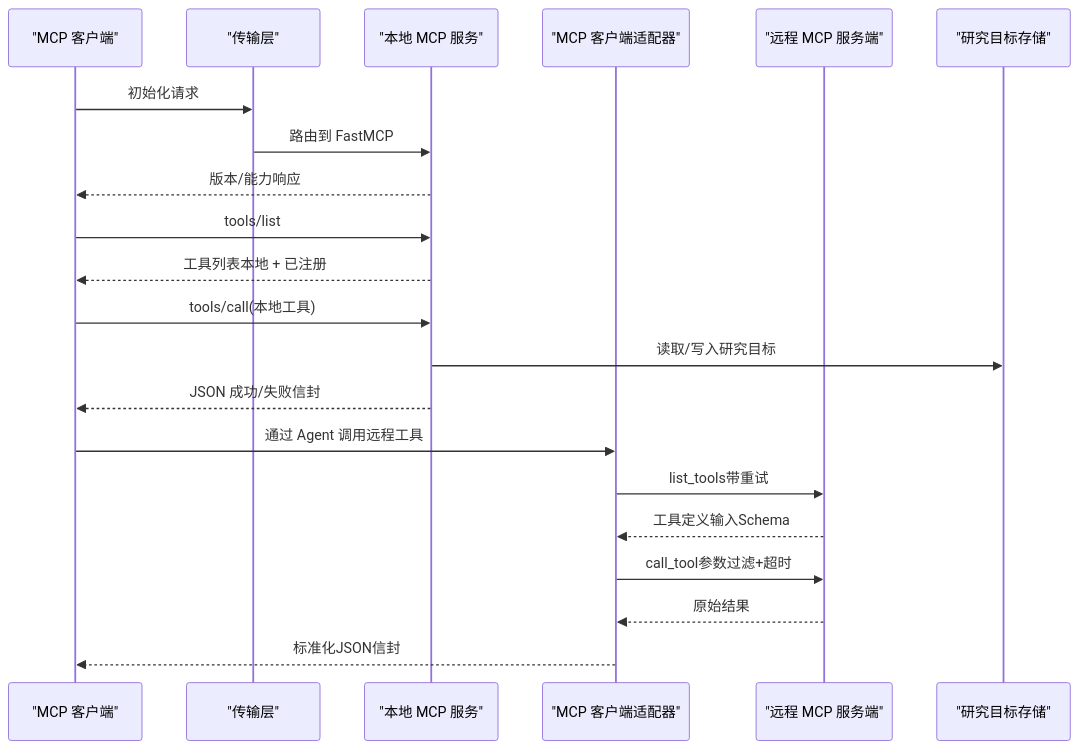
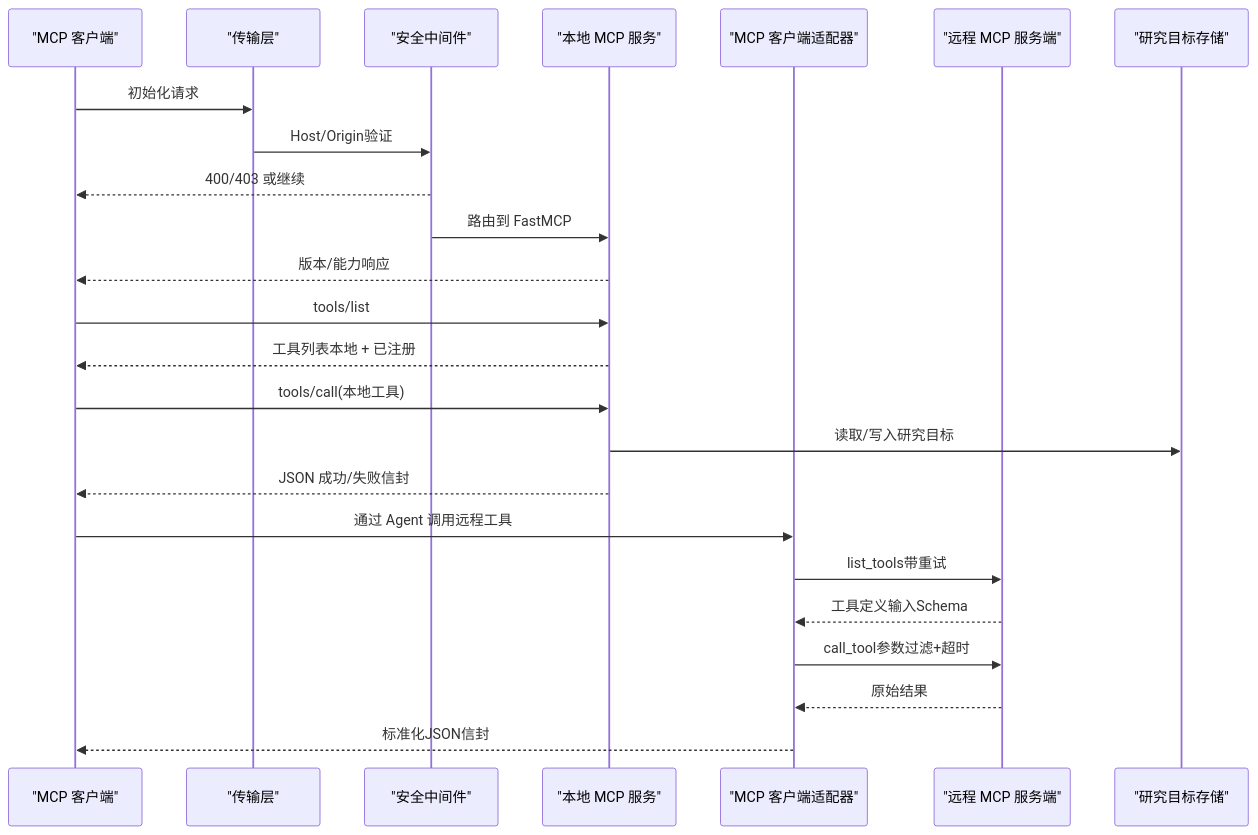
One commit to 20012002er/Vibe-Trading changed the second of 6 diagrams in .qoder/repowiki/zh/content/API参考/MCP协议.md. Above: the diagram before and after it, drawn with Mermaid. The commit also changed other lines of this file and 67 other files, not shown here.

````diff
--- a/.qoder/repowiki/zh/content/API参考/MCP协议.md
+++ b/.qoder/repowiki/zh/content/API参考/MCP协议.md
@@ -81,23 +94,26 @@
 ```mermaid
 sequenceDiagram
 participant C as "MCP 客户端"
 participant T as "传输层"
-participant S as "本地 MCP 服务"
+participant S as "安全中间件"
+participant M as "本地 MCP 服务"
 participant A as "MCP 客户端适配器"
 participant R as "远程 MCP 服务端"
 participant G as "研究目标存储"
 C->>T : 初始化请求
-T->>S : 路由到 FastMCP
-S-->>C : 版本/能力响应
-C->>S : tools/list
-S-->>C : 工具列表本地 + 已注册
-C->>S : tools/call(本地工具)
-S->>G : 读取/写入研究目标
-S-->>C : JSON 成功/失败信封
+T->>S : Host/Origin验证
+S-->>C : 400/403 或继续
+S->>M : 路由到 FastMCP
+M-->>C : 版本/能力响应
+C->>M : tools/list
+M-->>C : 工具列表本地 + 已注册
+C->>M : tools/call(本地工具)
+M->>G : 读取/写入研究目标
+M-->>C : JSON 成功/失败信封
 C->>A : 通过 Agent 调用远程工具
 A->>R : list_tools带重试
 R-->>A : 工具定义输入Schema
 A->>R : call_tool参数过滤+超时
 R-->>A : 原始结果
 A-->>C : 标准化JSON信封
 ```
````
